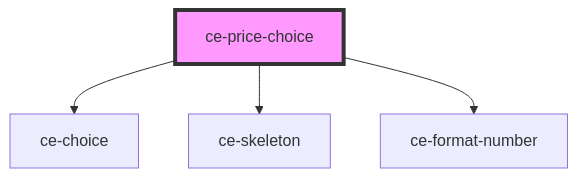
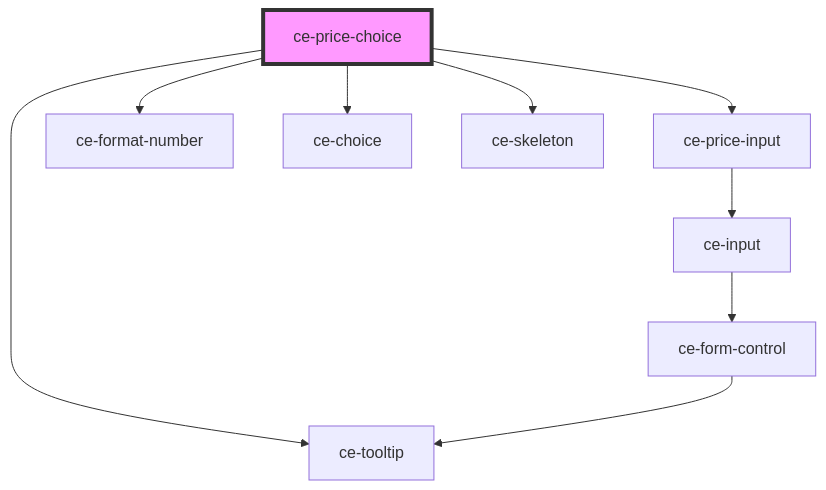
Before and after one commit to surecart/surecart-wp-plugin: the diagram in packages/components/src/components/controllers/price-choice/readme.md, drawn with Mermaid. The commit also changed other lines of this file and 60 other files, not shown here.

````diff
--- a/packages/components/src/components/controllers/price-choice/readme.md
+++ b/packages/components/src/components/controllers/price-choice/readme.md
@@ -43,7 +49,12 @@
 ```mermaid
 graph TD;
+  ce-price-choice --> ce-price-input
+  ce-price-choice --> ce-format-number
   ce-price-choice --> ce-choice
   ce-price-choice --> ce-skeleton
-  ce-price-choice --> ce-format-number
+  ce-price-choice --> ce-tooltip
+  ce-price-input --> ce-input
+  ce-input --> ce-form-control
+  ce-form-control --> ce-tooltip
   style ce-price-choice fill:#f9f,stroke:#333,stroke-width:4px
 ```
````
